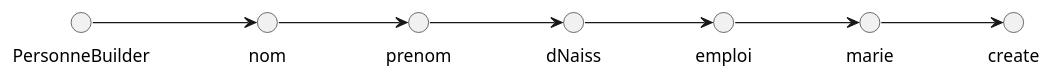
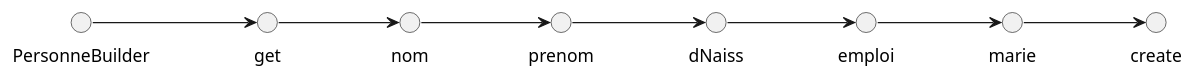
One commit to stef38-code/bibliotheque changed the diagram in src/docs/asciidoc/diagrams/fluentCas4_2.puml. Above: the diagram before and after it, drawn with PlantUML. The commit also changed 4 other files, not shown here.

```diff
--- a/src/docs/asciidoc/diagrams/fluentCas4_2.puml
+++ b/src/docs/asciidoc/diagrams/fluentCas4_2.puml
@@ -1,18 +1,20 @@
 @startuml
 
 left to right direction
 circle PersonneBuilder
+circle get
 circle nom
 circle prenom
 circle dNaiss
 circle emploi
 circle marie
 circle create
-PersonneBuilder --> nom
+PersonneBuilder --> get
+get --> nom
 nom --> prenom
 prenom --> dNaiss
 dNaiss --> emploi
 emploi --> marie
 marie --> create
 
 @enduml
```
